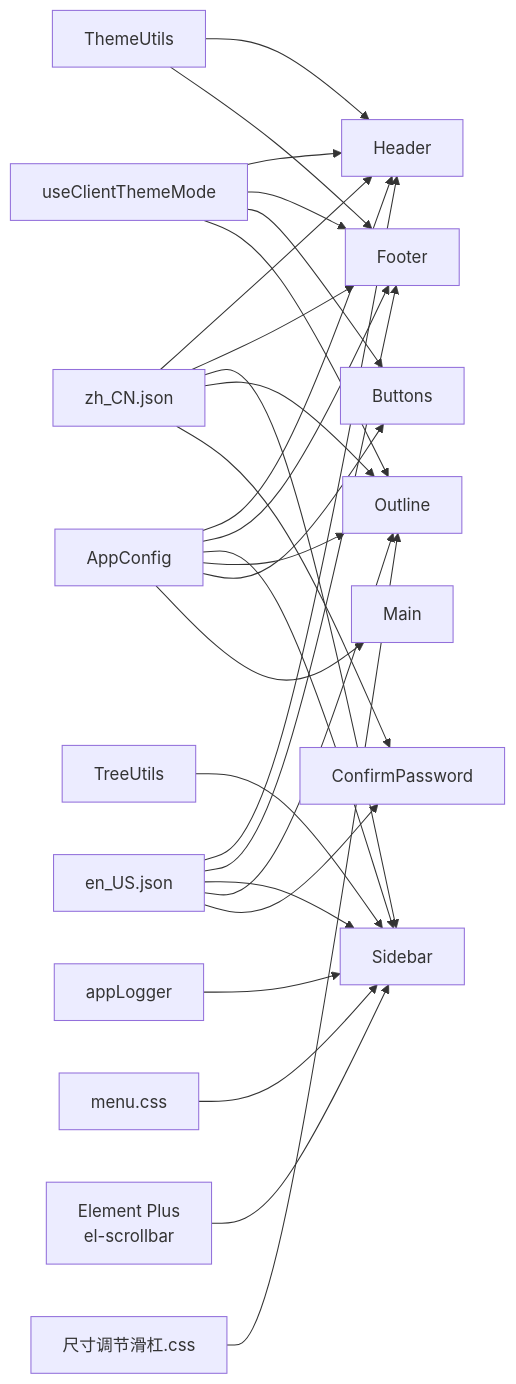
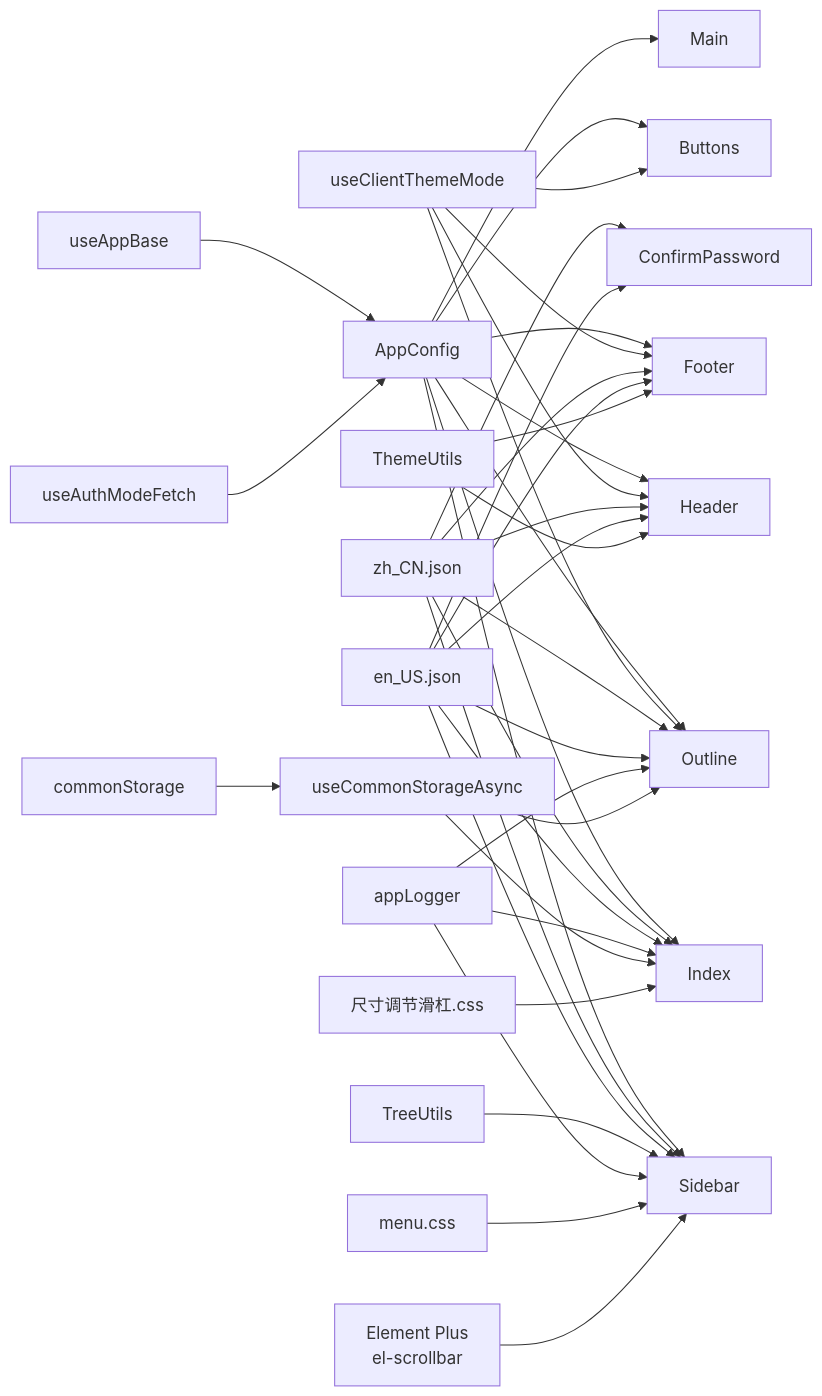
Diagram 15 of 15 in .qoder/repowiki/zh/content/核心功能/UI 组件系统/UI 组件系统.md (terwer/siyuan-plugin-blog), drawn with Mermaid before and after one commit. The commit also changed other lines of this file and 6 other files, not shown here.

````diff
--- a/.qoder/repowiki/zh/content/核心功能/UI 组件系统/UI 组件系统.md
+++ b/.qoder/repowiki/zh/content/核心功能/UI 组件系统/UI 组件系统.md
@@ -756,30 +953,40 @@
 ```mermaid
 graph LR
 AC["AppConfig"] --> H["Header"]
 AC --> F["Footer"]
 AC --> S["Sidebar"]
+AC --> I["Index"]
 AC --> O["Outline"]
 AC --> B["Buttons"]
 AC --> M["Main"]
 TM["useClientThemeMode"] --> H
 TM --> F
 TM --> B
 TM --> O
 ZH["zh_CN.json"] --> H
 ZH --> F
 ZH --> S
+ZH --> I
 ZH --> O
 ZH --> CP["ConfirmPassword"]
 EN["en_US.json"] --> H
 EN --> F
 EN --> S
+EN --> I
 EN --> O
 EN --> CP
 TU["ThemeUtils"] --> H
 TU --> F
 TR["TreeUtils"] --> S
 AL["appLogger"] --> S
+AL --> I
+AL --> O
+AB["useAppBase"] --> AC
+AF["useAuthModeFetch"] --> AC
+UCS["useCommonStorageAsync"] --> I
+UCS --> O
+CS["commonStorage"] --> UCS
 MCSS["menu.css"] --> S
-SLIDER["尺寸调节滑杠.css"] --> O
+SLIDER["尺寸调节滑杠.css"] --> I
 ES["Element Plus<br/>el-scrollbar"] --> S
 ```
````
